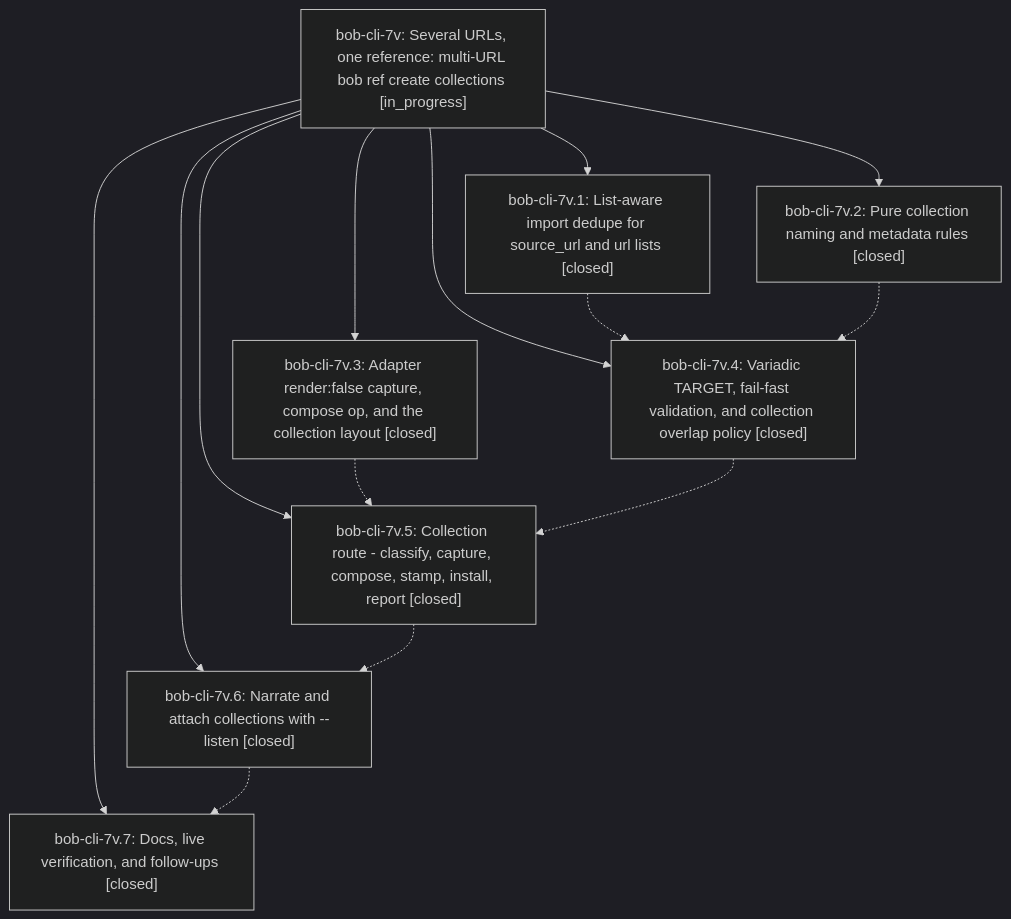
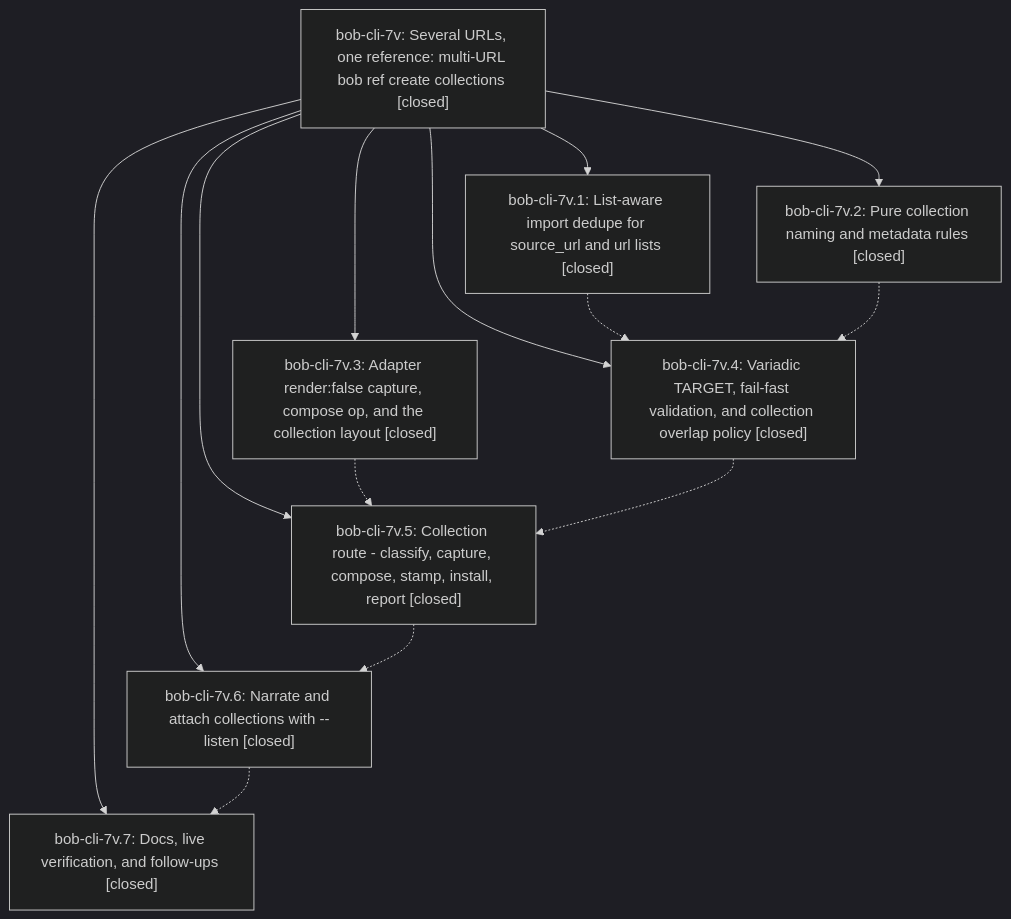
The diagram in pages/bob-cli-7v/README.md (bobs-org/bob-cli--beads), drawn with Mermaid (dark theme) before and after one commit. The commit also changed other lines of this file and 1 other file, not shown here.

First line of the commit message:
chore(beads): sync bead state and pages for bob-cli-7v

````diff
--- a/pages/bob-cli-7v/README.md
+++ b/pages/bob-cli-7v/README.md
@@ -40,24 +63,24 @@
 ```mermaid
 flowchart TD
-    n0["bob-cli-7v: Several URLs, one reference: multi-URL bob ref create collections [in_progress]"]
+    n0["bob-cli-7v: Several URLs, one reference: multi-URL bob ref create collections [closed]"]
     n1["bob-cli-7v.1: List-aware import dedupe for source_url and url lists [closed]"]
     n2["bob-cli-7v.2: Pure collection naming and metadata rules [closed]"]
     n3["bob-cli-7v.3: Adapter render:false capture, compose op, and the collection layout [closed]"]
     n4["bob-cli-7v.4: Variadic TARGET, fail-fast validation, and collection overlap policy [closed]"]
     n5["bob-cli-7v.5: Collection route - classify, capture, compose, stamp, install, report [closed]"]
     n6["bob-cli-7v.6: Narrate and attach collections with --listen [closed]"]
     n7["bob-cli-7v.7: Docs, live verification, and follow-ups [closed]"]
     n0 --> n1
     n0 --> n2
     n0 --> n3
     n0 --> n4
     n0 --> n5
     n0 --> n6
     n0 --> n7
     n1 -.-> n4
     n2 -.-> n4
     n3 -.-> n5
     n4 -.-> n5
     n5 -.-> n6
     n6 -.-> n7
 ```
````
